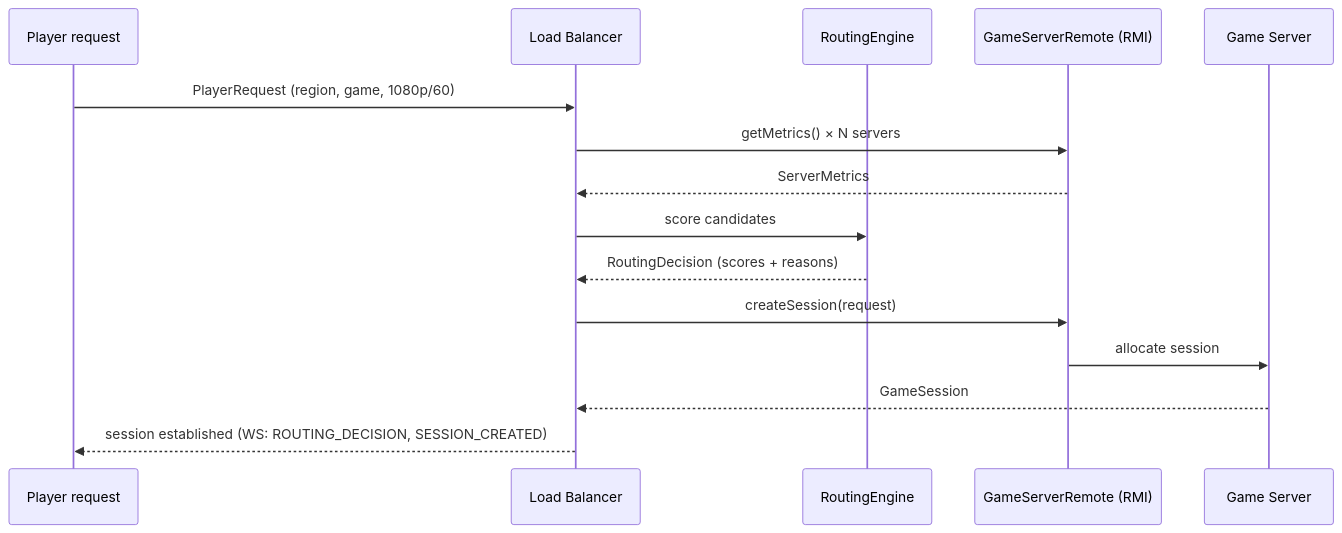
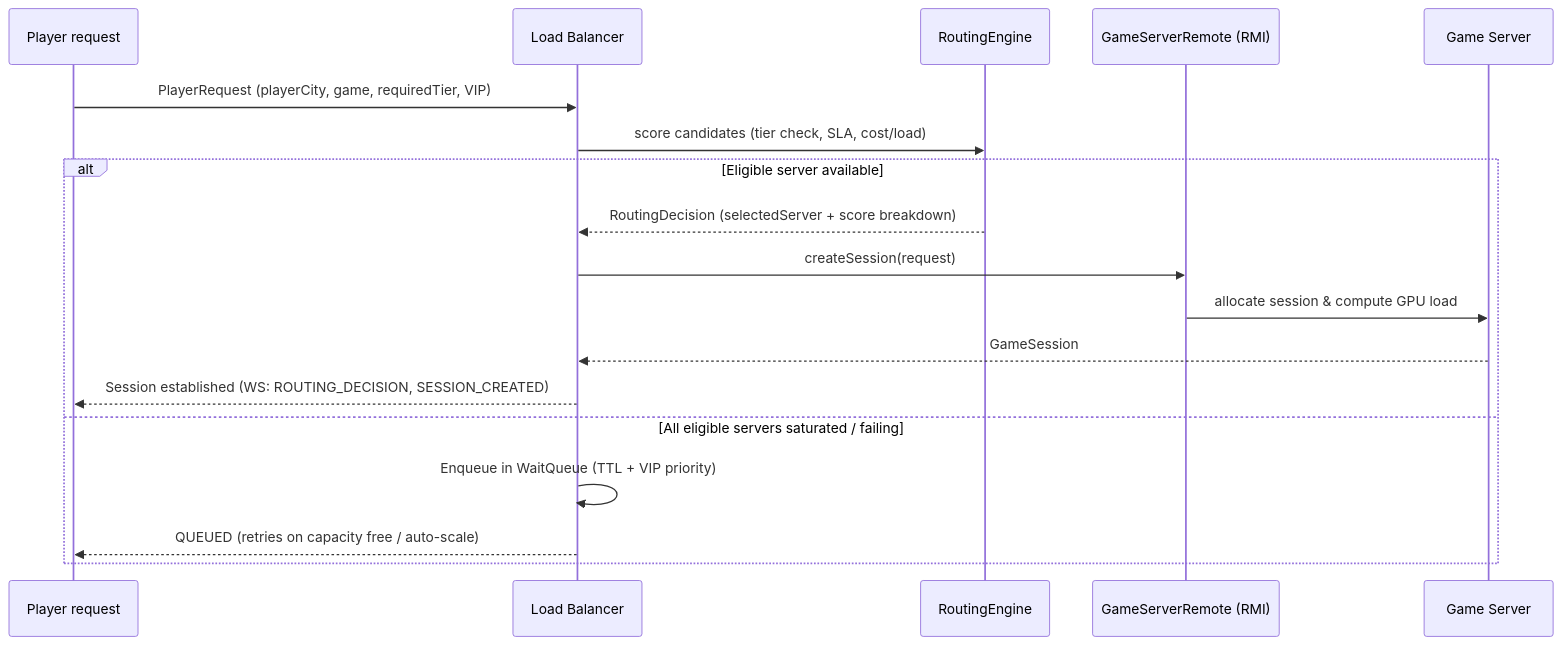
Before and after one commit to REGEN-HALOGEN/Gameflow-LB: the second of 2 diagrams in README.md, drawn with Mermaid. The commit also changed other lines of this file, not shown here.

Commit message:
docs: update README with real game catalog, 5 GPU tiers, 10-node fleet, cost-optimized routing, and burn rate telemetry

````diff
--- a/README.md
+++ b/README.md
@@ -75,18 +85,21 @@
 ```mermaid
 sequenceDiagram
     participant P as Player request
     participant LB as Load Balancer
     participant RE as RoutingEngine
     participant RMI as GameServerRemote (RMI)
     participant GS as Game Server
 
-    P->>LB: PlayerRequest (region, game, 1080p/60)
-    LB->>RMI: getMetrics() × N servers
-    RMI-->>LB: ServerMetrics
-    LB->>RE: score candidates
-    RE-->>LB: RoutingDecision (scores + reasons)
-    LB->>RMI: createSession(request)
-    RMI->>GS: allocate session
-    GS-->>LB: GameSession
-    LB-->>P: session established (WS: ROUTING_DECISION, SESSION_CREATED)
+    P->>LB: PlayerRequest (playerCity, game, requiredTier, VIP)
+    LB->>RE: score candidates (tier check, SLA, cost/load)
+    alt Eligible server available
+        RE-->>LB: RoutingDecision (selectedServer + score breakdown)
+        LB->>RMI: createSession(request)
+        RMI->>GS: allocate session & compute GPU load
+        GS-->>LB: GameSession
+        LB-->>P: Session established (WS: ROUTING_DECISION, SESSION_CREATED)
+    else All eligible servers saturated / failing
+        LB->>LB: Enqueue in WaitQueue (TTL + VIP priority)
+        LB-->>P: QUEUED (retries on capacity free / auto-scale)
+    end
 ```
````
